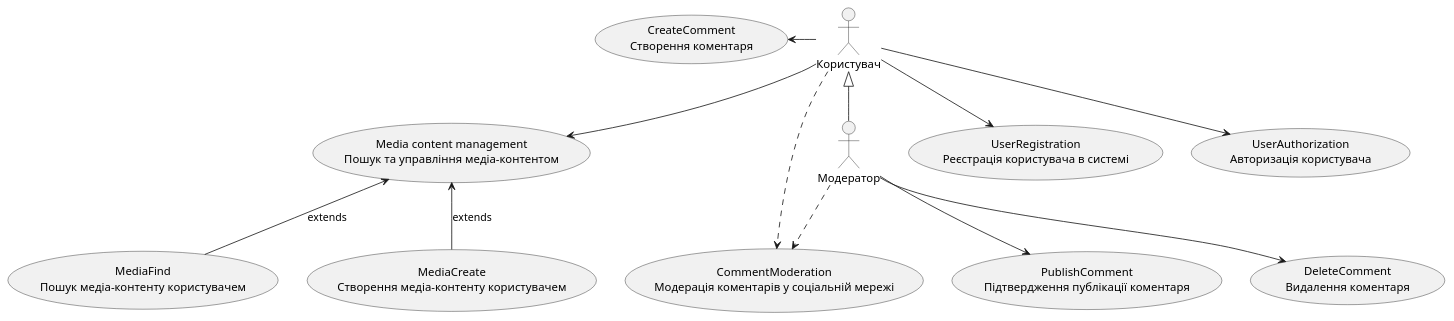
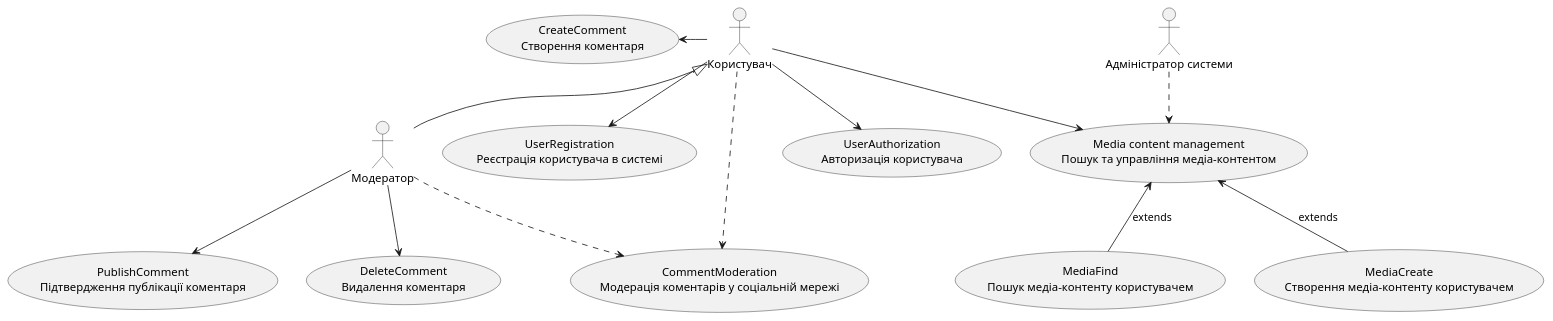
One commit to vladyslavpopov/DB_CourseWork changed the third of 3 diagrams in docs/use cases/README.md. Above: the diagram before and after it, drawn with PlantUML. The commit also changed other lines of this file, not shown here.

```diff
--- a/docs/use cases/README.md
+++ b/docs/use cases/README.md
@@ -89,32 +99,35 @@
 @startuml
 
 actor "Користувач" as User
 actor "Модератор" as Moderator
+actor "Адміністратор системи" as Admin
 
 usecase "UserRegistration\nРеєстрація користувача в системі" as UC_1.1
 usecase "UserAuthorization\nАвторизація користувача" as UC_1.2
 
 usecase "Media content management\nПошук та управління медіа-контентом" as UC_2.1
 usecase "MediaFind\nПошук медіа-контенту користувачем" as UC_2.2
 usecase "MediaCreate\nСтворення медіа-контенту користувачем" as UC_2.3
 usecase "CreateComment\nСтворення коментаря" as UC_4.2
 
 usecase "CommentModeration\nМодерація коментарів у соціальній мережі" as UC_4.1
 usecase "PublishComment\nПідтвердження публікації коментаря" as UC_4.3
 usecase "DeleteComment\nВидалення коментаря" as UC_4.4
 
 User -d-> UC_1.1
 User -d-> UC_1.2
 User -d-> UC_2.1
 User -l-> UC_4.2
 User ..> UC_4.1
 
 UC_2.2 -u-> UC_2.1: extends
 UC_2.3 -u-> UC_2.1: extends
 
 Moderator -u-|> User
 Moderator ..> UC_4.1
 Moderator -d-> UC_4.3
 Moderator -d-> UC_4.4
 
+Admin ..> UC_2.1
+
 @enduml
```
